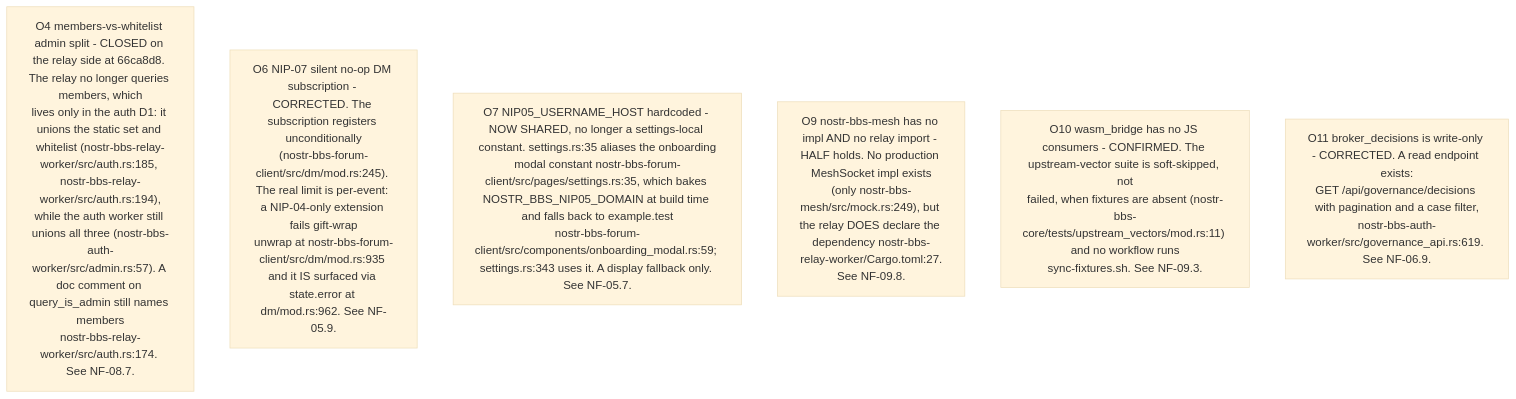
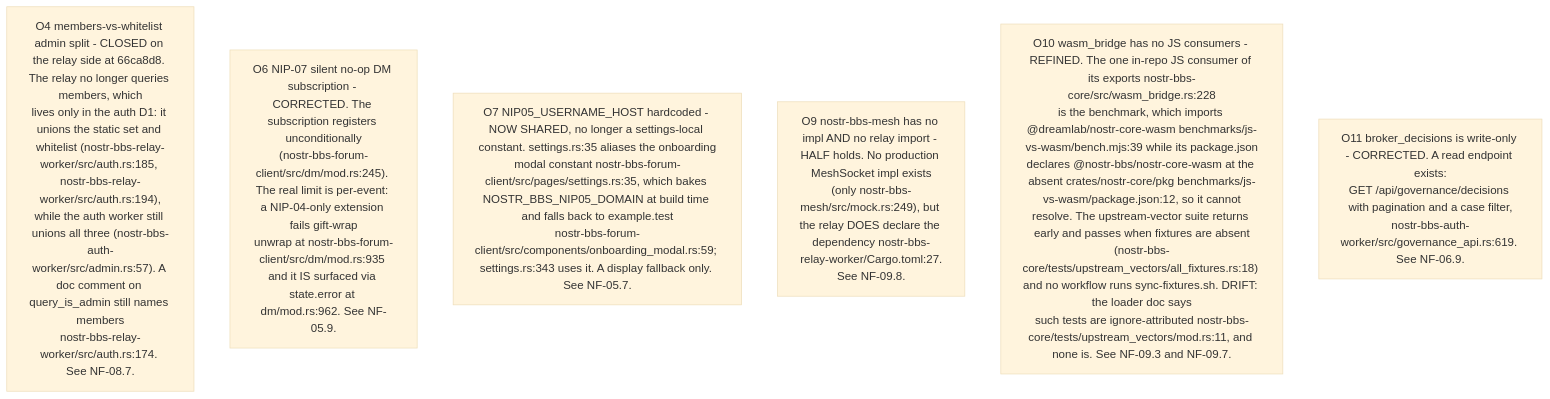
The fourth of 10 diagrams in docs/diagrams/nostr-rust-forum/10-invariants-and-anomaly-register.md (DreamLab-AI/VisionFlow), drawn with Mermaid (base theme) before and after one commit. The commit also changed other lines of this file and 91 other files, not shown here.

````diff
--- a/docs/diagrams/nostr-rust-forum/10-invariants-and-anomaly-register.md
+++ b/docs/diagrams/nostr-rust-forum/10-invariants-and-anomaly-register.md
@@ -122,9 +128,9 @@
 ```mermaid
 flowchart TB
     O4["O4 members-vs-whitelist admin split - CLOSED on the relay side at 66ca8d8. The relay no longer queries members, which<br/>lives only in the auth D1: it unions the static set and whitelist (nostr-bbs-relay-worker/src/auth.rs:185, nostr-bbs-relay-worker/src/auth.rs:194),<br/>while the auth worker still unions all three (nostr-bbs-auth-worker/src/admin.rs:57). A doc comment on query_is_admin still names members<br/>nostr-bbs-relay-worker/src/auth.rs:174. See NF-08.7."]
     O6["O6 NIP-07 silent no-op DM subscription - CORRECTED. The subscription registers unconditionally<br/>(nostr-bbs-forum-client/src/dm/mod.rs:245). The real limit is per-event: a NIP-04-only extension fails gift-wrap<br/>unwrap at nostr-bbs-forum-client/src/dm/mod.rs:935 and it IS surfaced via state.error at dm/mod.rs:962. See NF-05.9."]
     O7["O7 NIP05_USERNAME_HOST hardcoded - NOW SHARED, no longer a settings-local constant. settings.rs:35 aliases the onboarding<br/>modal constant nostr-bbs-forum-client/src/pages/settings.rs:35, which bakes NOSTR_BBS_NIP05_DOMAIN at build time and falls back to example.test<br/>nostr-bbs-forum-client/src/components/onboarding_modal.rs:59; settings.rs:343 uses it. A display fallback only. See NF-05.7."]
     O9["O9 nostr-bbs-mesh has no impl AND no relay import - HALF holds. No production MeshSocket impl exists<br/>(only nostr-bbs-mesh/src/mock.rs:249), but the relay DOES declare the dependency nostr-bbs-relay-worker/Cargo.toml:27.<br/>See NF-09.8."]
-    O10["O10 wasm_bridge has no JS consumers - CONFIRMED. The upstream-vector suite is soft-skipped, not<br/>failed, when fixtures are absent (nostr-bbs-core/tests/upstream_vectors/mod.rs:11) and no workflow runs<br/>sync-fixtures.sh. See NF-09.3."]
+    O10["O10 wasm_bridge has no JS consumers - REFINED. The one in-repo JS consumer of its exports nostr-bbs-core/src/wasm_bridge.rs:228<br/>is the benchmark, which imports @dreamlab/nostr-core-wasm benchmarks/js-vs-wasm/bench.mjs:39 while its package.json<br/>declares @nostr-bbs/nostr-core-wasm at the absent crates/nostr-core/pkg benchmarks/js-vs-wasm/package.json:12, so it cannot<br/>resolve. The upstream-vector suite returns early and passes when fixtures are absent<br/>(nostr-bbs-core/tests/upstream_vectors/all_fixtures.rs:18) and no workflow runs sync-fixtures.sh. DRIFT: the loader doc says<br/>such tests are ignore-attributed nostr-bbs-core/tests/upstream_vectors/mod.rs:11, and none is. See NF-09.3 and NF-09.7."]
     O11c["O11 broker_decisions is write-only - CORRECTED. A read endpoint exists:<br/>GET /api/governance/decisions with pagination and a case filter,<br/>nostr-bbs-auth-worker/src/governance_api.rs:619. See NF-06.9."]
 ```
````
